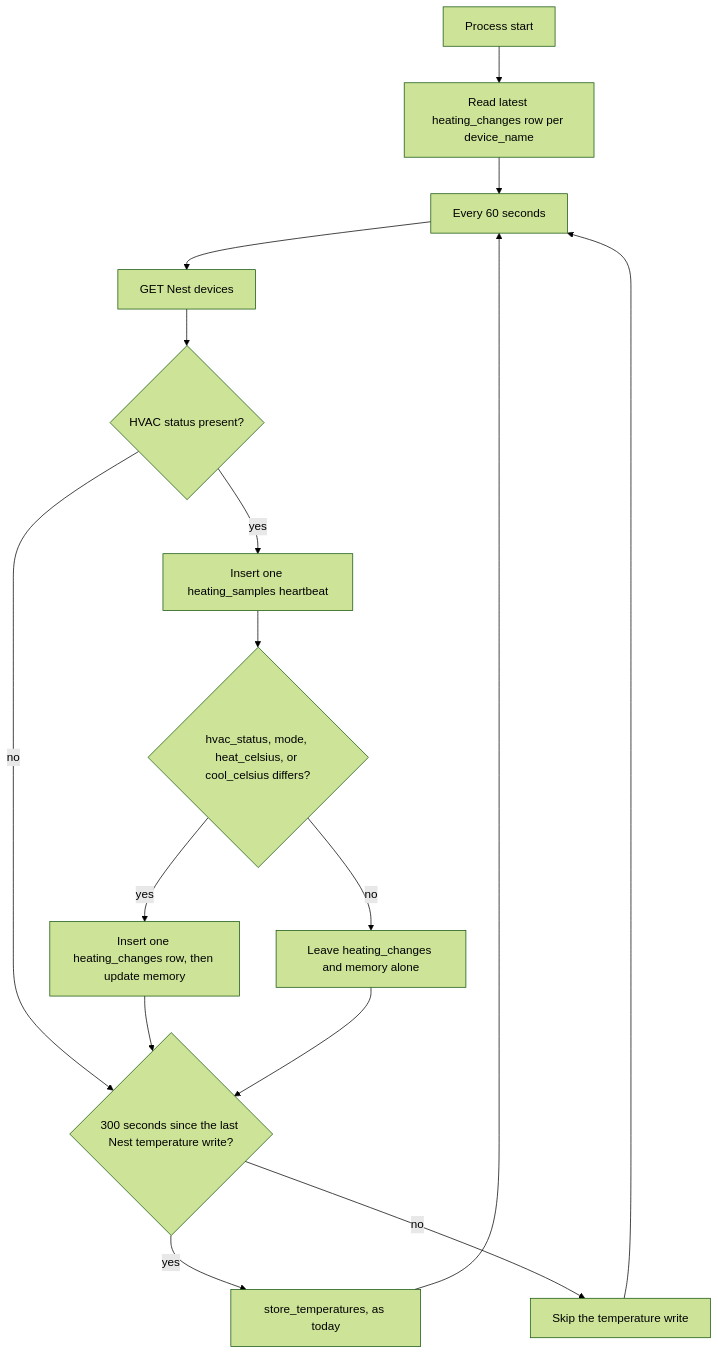
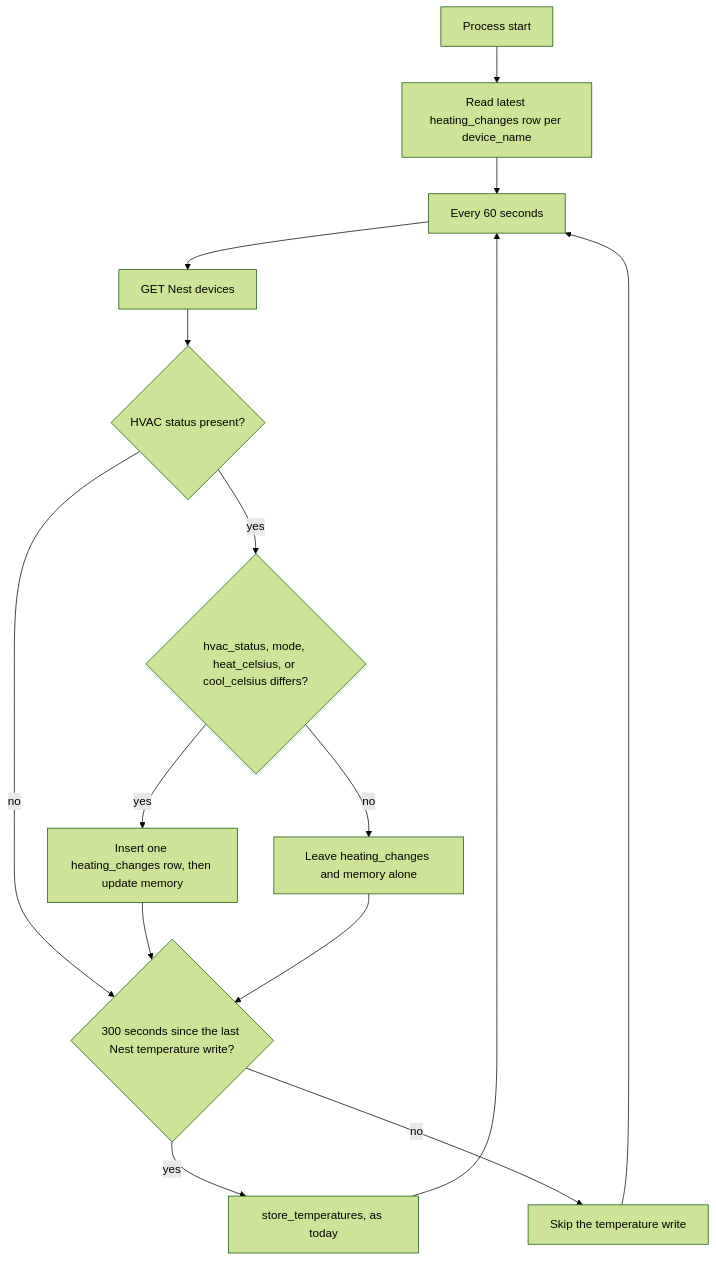
Before and after one commit to schleising/rust-backend: the first of 2 diagrams in Design/heating-state-changes.md, drawn with Mermaid (forest theme). The commit also changed other lines of this file and 7 other files, not shown here.

````diff
--- a/Design/heating-state-changes.md
+++ b/Design/heating-state-changes.md
@@ -47,23 +47,22 @@
 ```mermaid
 flowchart TB
   start["Process start"]
   seed["Read latest heating_changes row per device_name"]
   loop["Every 60 seconds"]
   get["GET Nest devices"]
   present{"HVAC status present?"}
-  beat["Insert one heating_samples heartbeat"]
   changed{"hvac_status, mode, heat_celsius, or cool_celsius differs?"}
   writeH["Insert one heating_changes row, then update memory"]
   hold["Leave heating_changes and memory alone"]
   temp{"300 seconds since the last Nest temperature write?"}
   writeT["store_temperatures, as today"]
   skipT["Skip the temperature write"]
 
   start --> seed --> loop --> get --> present
   present -->|no| temp
-  present -->|yes| beat --> changed
+  present -->|yes| changed
   changed -->|yes| writeH --> temp
   changed -->|no| hold --> temp
   temp -->|yes| writeT --> loop
   temp -->|no| skipT --> loop
 ```
````
